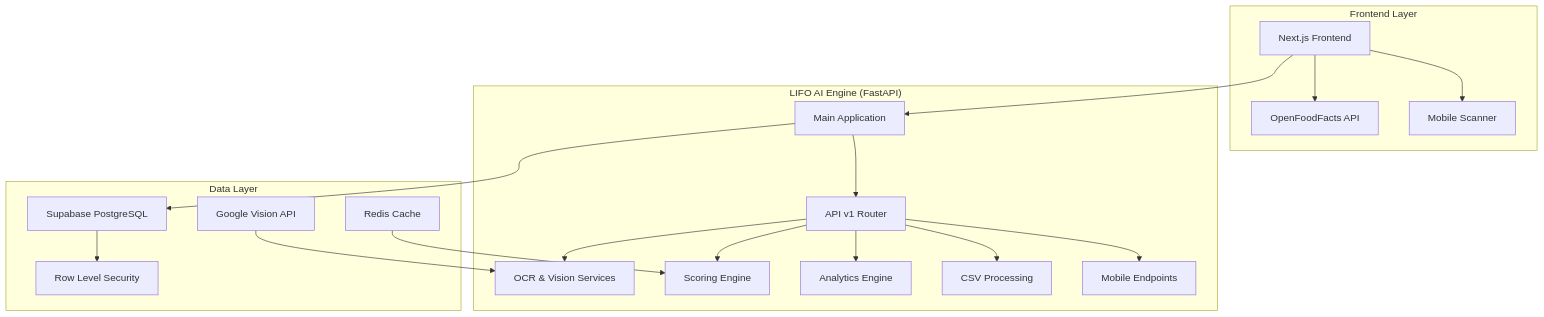
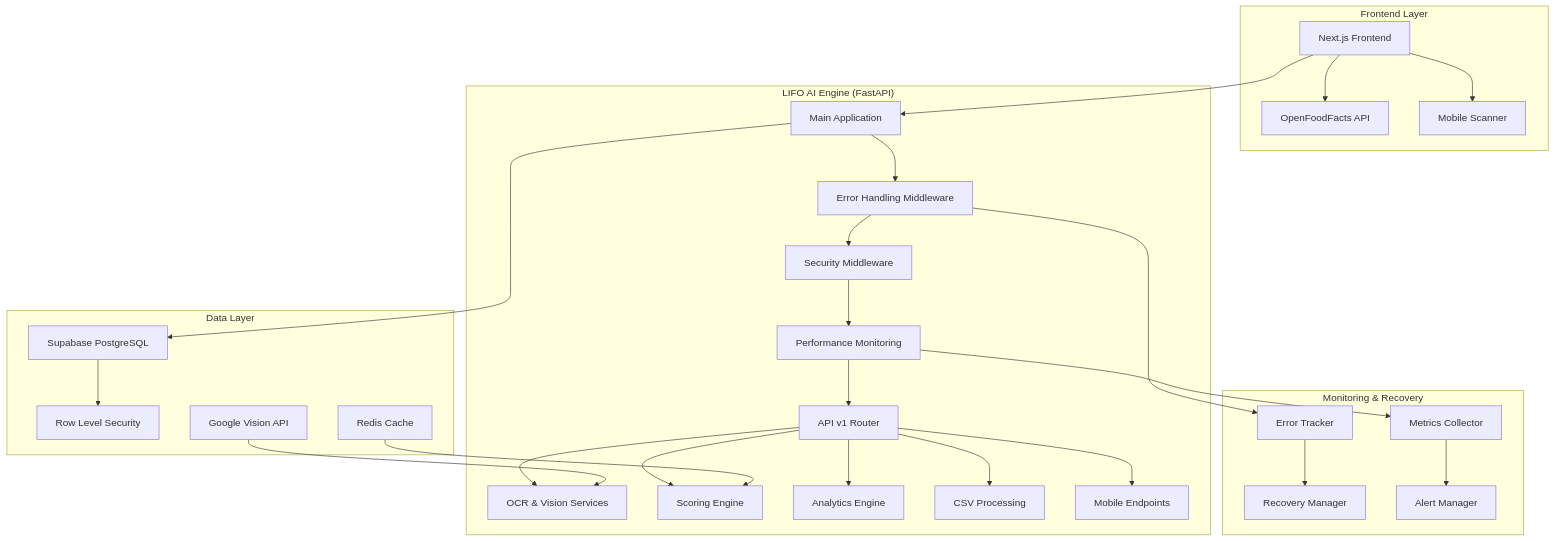
One commit to seano424/lifo-ui-demo changed the diagram in docs/COMPREHENSIVE_FASTAPI_MICROSERVICE_DOCUMENTATION.md. Above: the diagram before and after it, drawn with Mermaid. The commit also changed other lines of this file and 19 other files, not shown here.

````diff
--- a/docs/COMPREHENSIVE_FASTAPI_MICROSERVICE_DOCUMENTATION.md
+++ b/docs/COMPREHENSIVE_FASTAPI_MICROSERVICE_DOCUMENTATION.md
@@ -37,25 +40,35 @@
 ```mermaid
 graph TB
     subgraph "Frontend Layer"
         A[Next.js Frontend] --> B[OpenFoodFacts API]
         A --> C[Mobile Scanner]
     end
     
     subgraph "LIFO AI Engine (FastAPI)"
-        D[Main Application] --> E[API v1 Router]
-        E --> F[OCR & Vision Services]
-        E --> G[Scoring Engine]
-        E --> H[Analytics Engine]
-        E --> I[CSV Processing]
-        E --> J[Mobile Endpoints]
+        D[Main Application] --> E[Error Handling Middleware]
+        E --> F[Security Middleware]
+        F --> G[Performance Monitoring]
+        G --> H[API v1 Router]
+        H --> I[OCR & Vision Services]
+        H --> J[Scoring Engine]
+        H --> K[Analytics Engine]
+        H --> L[CSV Processing]
+        H --> M[Mobile Endpoints]
     end
     
     subgraph "Data Layer"
-        K[Supabase PostgreSQL] --> L[Row Level Security]
-        M[Google Vision API] --> F
-        N[Redis Cache] --> G
+        N[Supabase PostgreSQL] --> O[Row Level Security]
+        P[Google Vision API] --> I
+        Q[Redis Cache] --> J
+    end
+    
+    subgraph "Monitoring & Recovery"
+        R[Error Tracker] --> S[Recovery Manager]
+        T[Metrics Collector] --> U[Alert Manager]
+        E --> R
+        G --> T
     end
     
     A --> D
-    D --> K
+    D --> N
 ```
````
